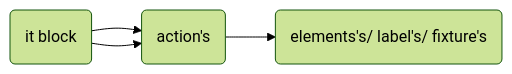
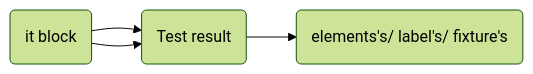
Before and after one commit to tayyabsaleem7756/ignicube: the diagram in README.md, drawn with Mermaid (forest theme).

````diff
--- a/README.md
+++ b/README.md
@@ -86,5 +86,5 @@
 ```mermaid
 graph LR
 A(it block) -->B(action's) -->C(elements's/ label's/ fixture's) 
-A(it block) -->B(action's)
+A(it block) -->B(Test result)
 ```
````
